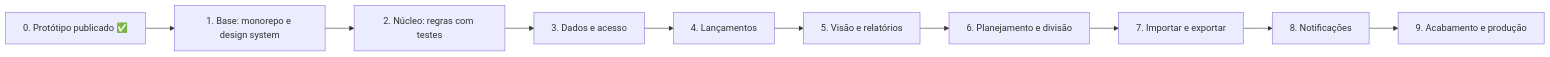
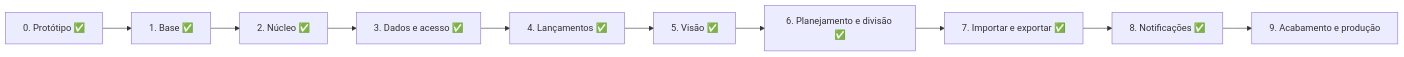
The first of 2 diagrams in README.md (NasckDev/juntos), drawn with Mermaid before and after one commit. The commit also changed other lines of this file and 24 other files, not shown here.

````diff
--- a/README.md
+++ b/README.md
@@ -70,12 +90,12 @@
 ```mermaid
 flowchart LR
-  F0["0. Protótipo publicado ✅"] --> F1["1. Base: monorepo e design system"]
-  F1 --> F2["2. Núcleo: regras com testes"]
-  F2 --> F3["3. Dados e acesso"]
-  F3 --> F4["4. Lançamentos"]
-  F4 --> F5["5. Visão e relatórios"]
-  F5 --> F6["6. Planejamento e divisão"]
-  F6 --> F7["7. Importar e exportar"]
-  F7 --> F8["8. Notificações"]
+  F0["0. Protótipo ✅"] --> F1["1. Base ✅"]
+  F1 --> F2["2. Núcleo ✅"]
+  F2 --> F3["3. Dados e acesso ✅"]
+  F3 --> F4["4. Lançamentos ✅"]
+  F4 --> F5["5. Visão ✅"]
+  F5 --> F6["6. Planejamento e divisão ✅"]
+  F6 --> F7["7. Importar e exportar ✅"]
+  F7 --> F8["8. Notificações ✅"]
   F8 --> F9["9. Acabamento e produção"]
 ```
````
